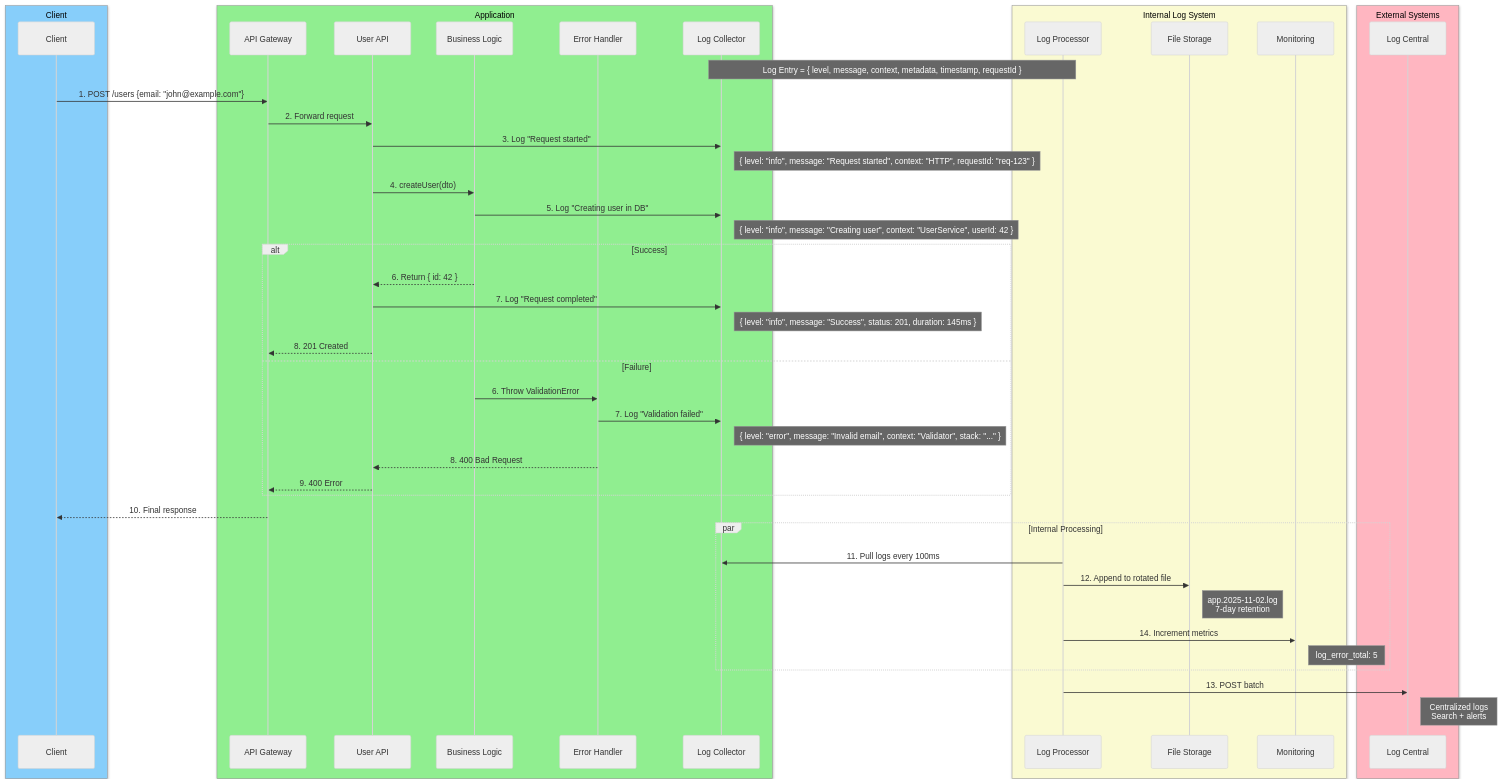
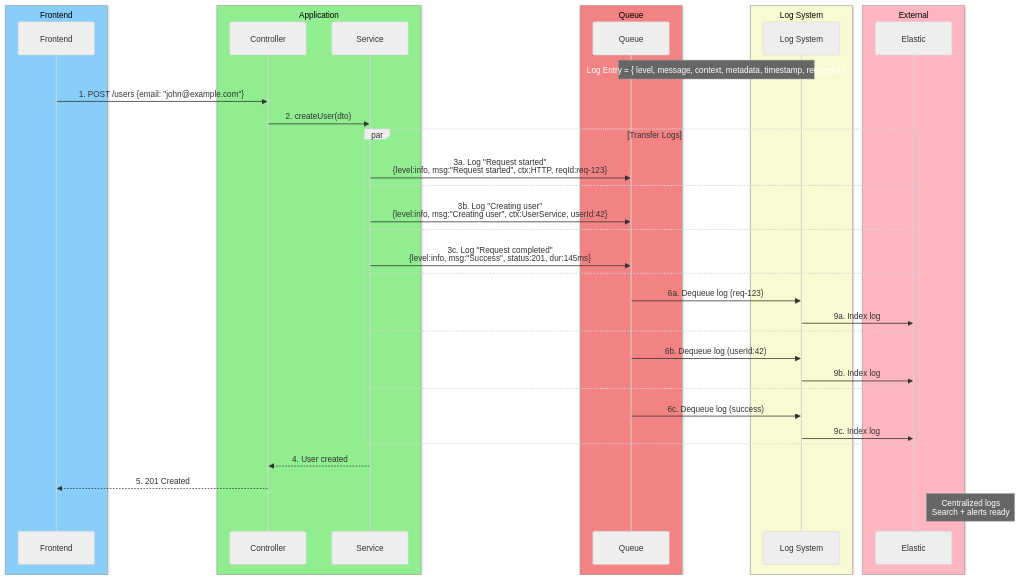
Before and after one commit to hamidehalaee/nestjs_ddd_skeleton: the diagram in docs/log-system-sequence.md, drawn with Mermaid.

Commit message:
update: log-system

````diff
--- a/docs/log-system-sequence.md
+++ b/docs/log-system-sequence.md
@@ -1,81 +1,75 @@
 ```mermaid
 ---
 config:
   theme: 'neutral'
   themeVariables:
     primaryColor: '#4f96e7ff'
     primaryBorderColor: 'rgba(153, 188, 241, 1)'
     lineColor: '#F8B229'
     secondaryColor: '#006100'
     tertiaryColor: '#ffffff60'
 ---
+
 sequenceDiagram
-    %% === GROUP 1: CLIENT (Light Blue) ===
-    box LightSkyBlue Client
-        participant Client
+    %% === Groups ===
+    box LightSkyBlue Frontend
+        participant Frontend
     end
 
-    %% === GROUP 2: APP (Light Green) ===
     box LightGreen Application
-        participant API Gateway
-        participant User API
-        participant Business Logic
-        participant Error Handler
-        participant Log Collector
+        participant Controller
+        participant Service
     end
 
-    %% === GROUP 3: LOG SYSTEM (Light Yellow) ===
-    box LightGoldenRodYellow Internal Log System
-        participant Log Processor
-        participant File Storage
-        participant Monitoring
+    box rgba(243,131,131,1) Queue
+        participant Queue
     end
 
-    %% === GROUP 4: EXTERNAL (Light Pink) ===
-    box LightPink External Systems
-        participant Log Central
+    box LightGoldenRodYellow Log System
+        participant Log System
+        %%participant Store logs in Distk
+        %%participant Show All Logs
     end
 
-    Note over Log Collector,Log Processor: Log Entry = { level, message, context, metadata, timestamp, requestId }
-
-    %% === CLIENT → APP ===
-    Client->>API Gateway: 1. POST /users {email: "john@example.com"}
-    API Gateway->>User API: 2. Forward request
-
-    %% === APP: Request & Business Flow ===
-    User API->>Log Collector: 3. Log "Request started"
-    Note right of Log Collector: { level: "info", message: "Request started", context: "HTTP", requestId: "req-123" }
-
-    User API->>Business Logic: 4. createUser(dto)
-    Business Logic->>Log Collector: 5. Log "Creating user in DB"
-    Note right of Log Collector: { level: "info", message: "Creating user", context: "UserService", userId: 42 }
-
-    alt Success
-        Business Logic-->>User API: 6. Return { id: 42 }
-        User API->>Log Collector: 7. Log "Request completed"
-        Note right of Log Collector: { level: "info", message: "Success", status: 201, duration: 145ms }
-        User API-->>API Gateway: 8. 201 Created
-    else Failure
-        Business Logic->>Error Handler: 6. Throw ValidationError
-        Error Handler->>Log Collector: 7. Log "Validation failed"
-        Note right of Log Collector: { level: "error", message: "Invalid email", context: "Validator", stack: "..." }
-        Error Handler-->>User API: 8. 400 Bad Request
-        User API-->>API Gateway: 9. 400 Error
+    box LightPink External
+        participant Elastic
     end
 
-    %% === APP → CLIENT ===
-    API Gateway-->>Client: 10. Final response
+    Note over Queue,Log System: Log Entry = { level, message, context, metadata, timestamp, requestId }
 
-    %% === LOG SYSTEM: Internal Processing ===
-    par Internal Processing
-        Log Processor->>Log Collector: 11. Pull logs every 100ms
-        Log Processor->>File Storage: 12. Append to rotated file
-        Note right of File Storage: app.2025-11-02.log<br/>7-day retention
-        Log Processor->>Monitoring: 14. Increment metrics
-        Note right of Monitoring: log_error_total: 5
+    %% === Main Flow ===
+    Frontend->>Controller: 1. POST /users {email: "john@example.com"}
+    Controller->>Service: 2. createUser(dto)
+
+    %% === PARALLEL: Send logs to queue ===
+    par Transfer Logs
+        Service->>Queue: 3a. Log "Request started"<br>{level:info, msg:"Request started", ctx:HTTP, reqId:req-123}
+    and
+        Service->>Queue: 3b. Log "Creating user"<br>{level:info, msg:"Creating user", ctx:UserService, userId:42}
+    and
+        Service->>Queue: 3c. Log "Request completed"<br>{level:info, msg:"Success", status:201, dur:145ms}
+    and
+        Queue->>Log System: 6a. Dequeue log (req-123)
+        %%Log Processor->>Store logs in Distk: 7a. Append to app.2025-11-03.log
+        %%Log Processor->>Show All Logs: 8a. Inc log_info_total
+        Log System->>Elastic: 9a. Index log
+    and
+        Queue->>Log System: 6b. Dequeue log (userId:42)
+        %%Log Processor->>Store logs in Distk: 7b. Append
+        %%Log Processor->>Show All Logs: 8b. Inc log_info_total
+        Log System->>Elastic: 9b. Index log
+    and
+        Queue->>Log System: 6c. Dequeue log (success)
+        %%Log Processor->>Store logs in Distk: 7c. Append
+        %%Log Processor->>Show All Logs: 8c. Inc log_success_total
+        Log System->>Elastic: 9c. Index log
     end
 
-    %% === LOG SYSTEM → EXTERNAL ===
-    Log Processor->>Log Central: 13. POST batch
-    Note right of Log Central: Centralized logs<br/>Search + alerts
+    Service-->>Controller: 4. User created
+    Controller-->>Frontend: 5. 201 Created
+
+    %% === PARALLEL: Dequeue & Process Logs ===
+
+
+    Note right of Elastic: Centralized logs<br>Search + alerts ready
 ```
````
